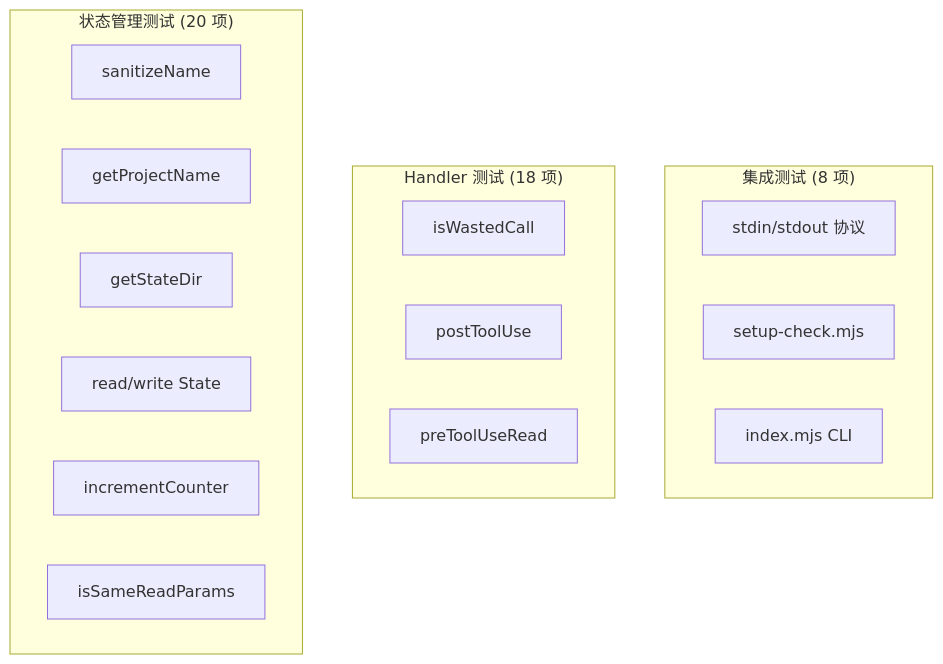
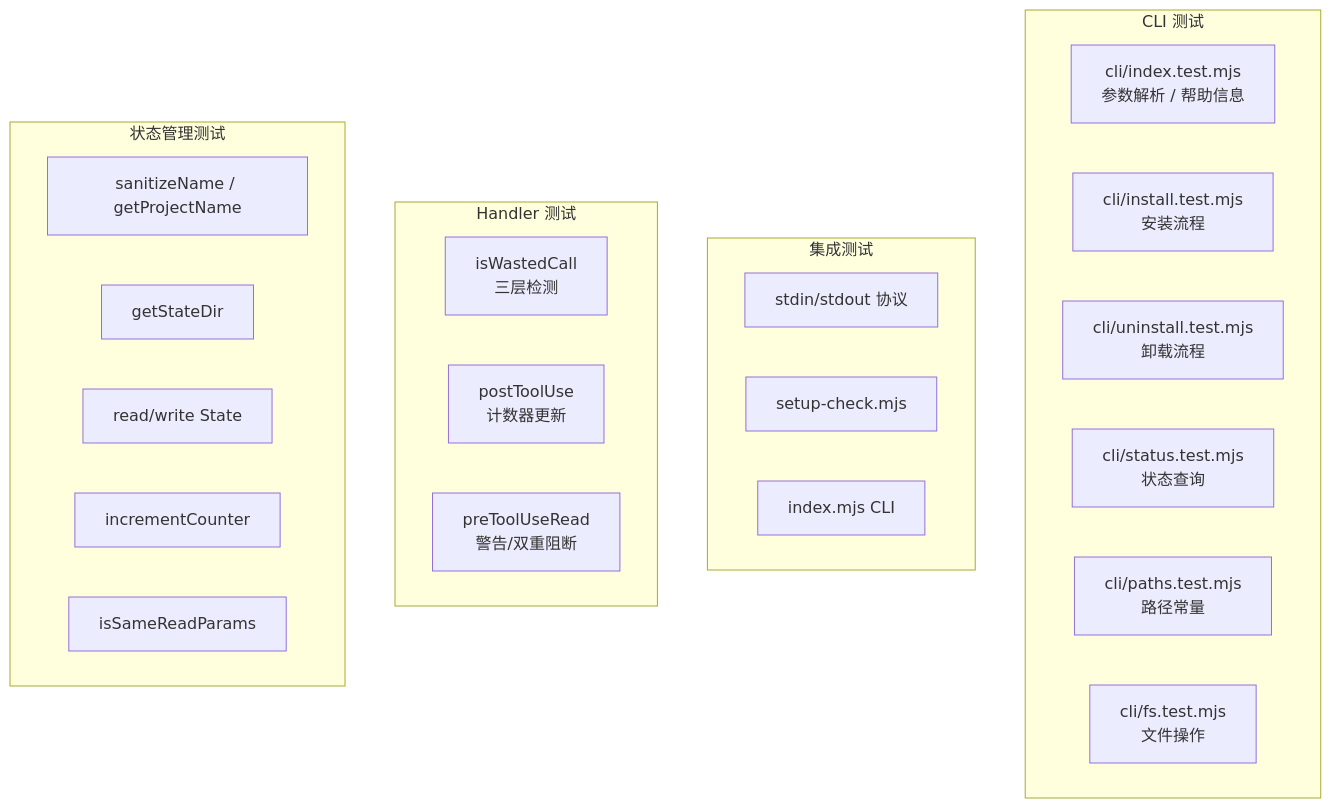
One commit to Lionad-Morotar/cc-break-dead-loop changed the diagram in docs/4.DeepDive/Testing.md. Above: the diagram before and after it, drawn with Mermaid. The commit also changed other lines of this file and 7 other files, not shown here.

````diff
--- a/docs/4.DeepDive/Testing.md
+++ b/docs/4.DeepDive/Testing.md
@@ -15,23 +17,31 @@
 ```mermaid
 graph TD
-  subgraph "集成测试 (8 项)"
+  subgraph "CLI 测试"
+    C1[cli/index.test.mjs<br/>参数解析 / 帮助信息]
+    C2[cli/install.test.mjs<br/>安装流程]
+    C3[cli/uninstall.test.mjs<br/>卸载流程]
+    C4[cli/status.test.mjs<br/>状态查询]
+    C5[cli/paths.test.mjs<br/>路径常量]
+    C6[cli/fs.test.mjs<br/>文件操作]
+  end
+
+  subgraph "集成测试"
     I1[stdin/stdout 协议]
     I2[setup-check.mjs]
     I3[index.mjs CLI]
   end
 
-  subgraph "Handler 测试 (18 项)"
-    H1[isWastedCall]
-    H2[postToolUse]
-    H3[preToolUseRead]
+  subgraph "Handler 测试"
+    H1[isWastedCall<br/>三层检测]
+    H2[postToolUse<br/>计数器更新]
+    H3[preToolUseRead<br/>警告/双重阻断]
   end
 
-  subgraph "状态管理测试 (20 项)"
-    S1[sanitizeName]
-    S2[getProjectName]
-    S3[getStateDir]
-    S4[read/write State]
-    S5[incrementCounter]
-    S6[isSameReadParams]
+  subgraph "状态管理测试"
+    S1[sanitizeName / getProjectName]
+    S2[getStateDir]
+    S3[read/write State]
+    S4[incrementCounter]
+    S5[isSameReadParams]
   end
 ```
````
